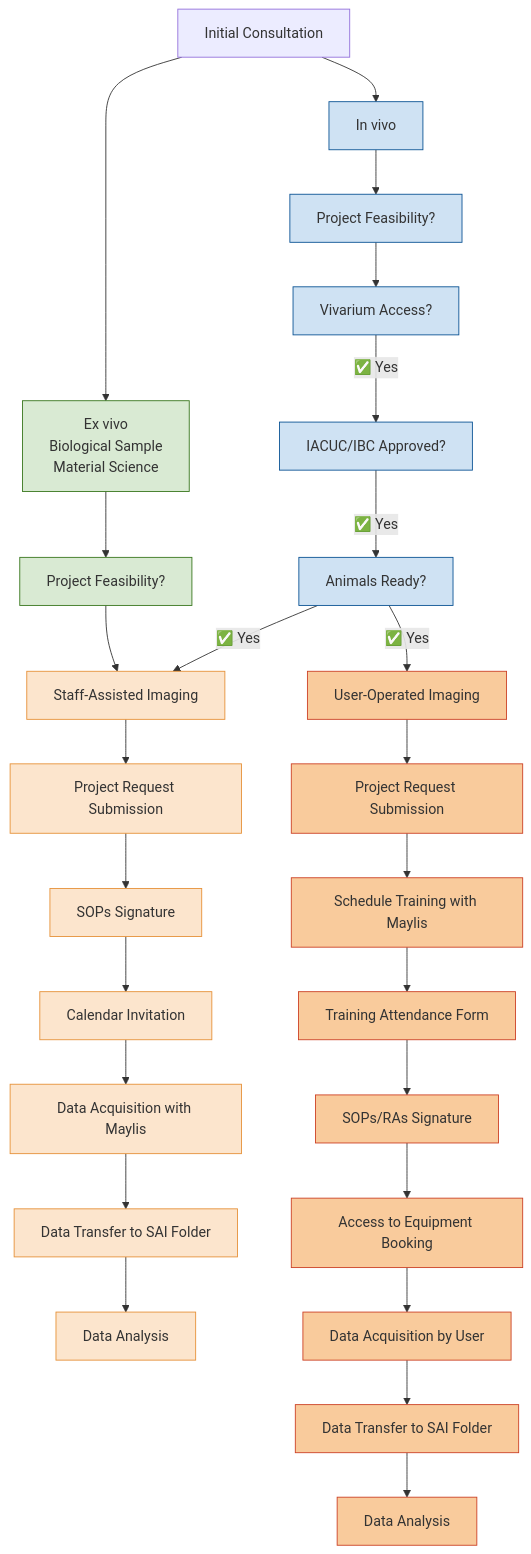
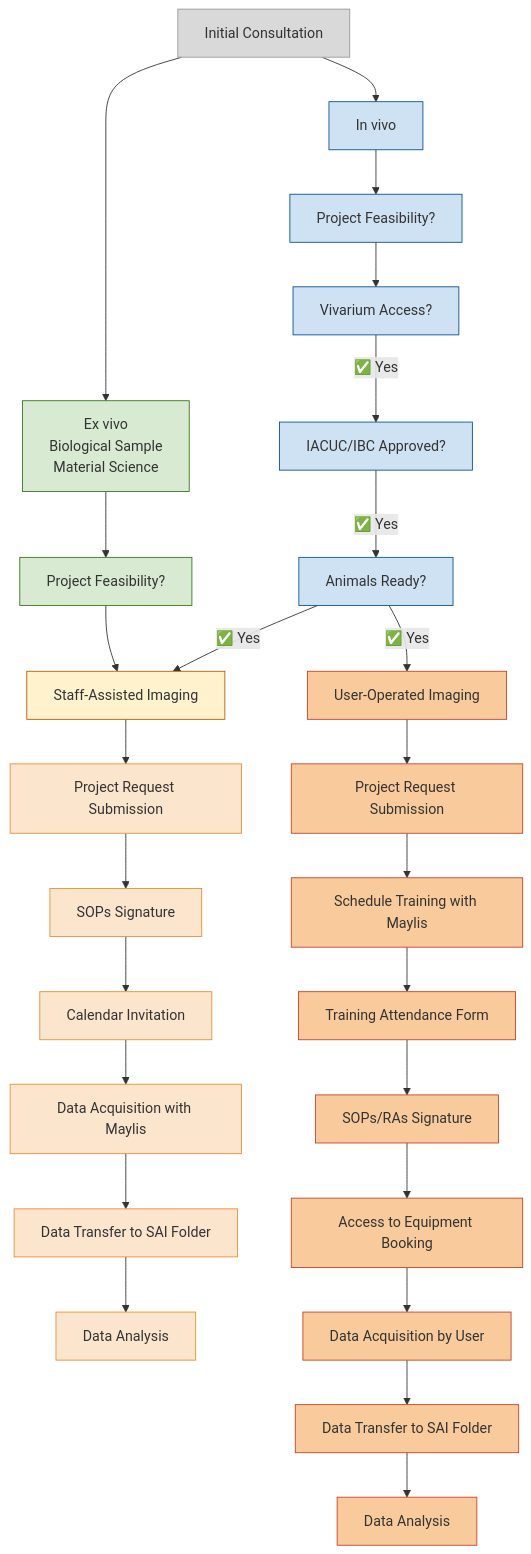
The diagram in docs/source/1-lab-overview/SAI_scheduling.rst (BioMedicalImaging-Core-NYUAD/smallanimalimaging-lab-documentation), drawn with Mermaid before and after one commit. The commit also changed other lines of this file, not shown here.

```diff
--- a/docs/source/1-lab-overview/SAI_scheduling.rst
+++ b/docs/source/1-lab-overview/SAI_scheduling.rst
@@ -8,67 +8,69 @@
 .. mermaid::
 
-   graph TD
+    graph TD
 
     %% Styles
+    classDef header fill:#d9d9d9,stroke:#999999,stroke-width:1px;      %% grey for Initial Consultation
     classDef exvivo fill:#d9ead3,stroke:#38761d,stroke-width:1px;
     classDef invivo fill:#cfe2f3,stroke:#0b5394,stroke-width:1px;
     classDef user fill:#f9cb9c,stroke:#cc4125,stroke-width:1px;
     classDef staff fill:#fce5cd,stroke:#e69138,stroke-width:1px;
+    classDef imaging fill:#fff2cc,stroke:#b45f06,stroke-width:1px;     %% yellow for Staff-Assisted Imaging
 
     %% Nodes
-    A["Initial Consultation"]
+    A["Initial Consultation"]:::header
 
     %% Group 1: Ex vivo path
     B["Ex vivo<br>Biological Sample<br>Material Science"]:::exvivo
     D1["Project Feasibility?"]:::exvivo
 
     %% Group 2: In vivo path
     C["In vivo"]:::invivo
     L1["Project Feasibility?"]:::invivo
     M["Vivarium Access?"]:::invivo
     N["IACUC/IBC Approved?"]:::invivo
     O["Animals Ready?"]:::invivo
 
     %% Group 3: Staff-handled
-    E["Staff-Assisted Imaging"]:::staff
+    E["Staff-Assisted Imaging"]:::imaging
     F["Project Request Submission"]:::staff
     G["SOPs Signature"]:::staff
     H["Calendar Invitation"]:::staff
     I["Data Acquisition with Maylis"]:::staff
     J["Data Transfer to SAI Folder"]:::staff
     K["Data Analysis"]:::staff
 
     %% Group 4: User-operated
     P["User-Operated Imaging"]:::user
     Q["Project Request Submission"]:::user
     R["Schedule Training with Maylis"]:::user
     S["Training Attendance Form"]:::user
     T["SOPs/RAs Signature"]:::user
     U["Access to Equipment Booking"]:::user
     V["Data Acquisition by User"]:::user
     W["Data Transfer to SAI Folder"]:::user
     X["Data Analysis"]:::user
 
     %% Flow
     A --> B
     A --> C
 
     %% Ex vivo flow
     B --> D1 --> E
     E --> F --> G --> H --> I --> J --> K
 
     %% In vivo flow
     C --> L1 --> M
     M --✅ Yes --> N
     N --✅ Yes --> O
     O --✅ Yes --> E
     O --✅ Yes --> P
 
     %% User-operated flow
     P --> Q --> R --> S --> T --> U --> V --> W --> X
 
     %% Clickable Nodes
     click A "mailto:maylis.boitet@nyu.edu"
     click Q "https://forms.gle/d3xRyphopVUj6PwW6"
     click S "https://docs.google.com/forms/d/e/1FAIpQLScLW1MOvo-9aAwX2_04FcyLGPR9xtDso9hu9SEixUy2VzuAiw/viewform"
     click U "https://corelabs.abudhabi.nyu.edu/"
```
